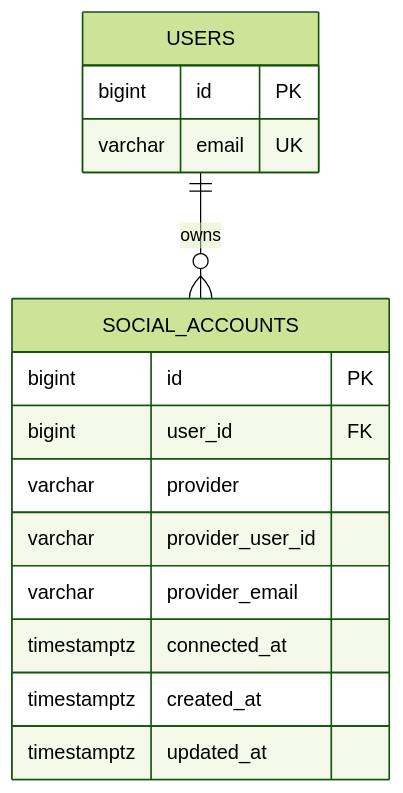
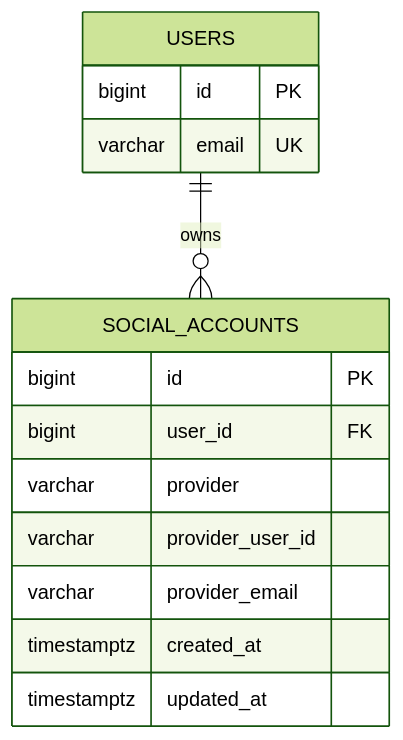
The diagram in docs/database/tables/social_accounts.md (mash-up-kr/Promise.9-Server), drawn with Mermaid (forest theme) before and after one commit. The commit also changed other lines of this file, not shown here.

Commit message:
docs: social_accounts connected_at 제거

````diff
--- a/docs/database/tables/social_accounts.md
+++ b/docs/database/tables/social_accounts.md
@@ -7,20 +7,19 @@
 ```mermaid
 erDiagram
   USERS ||--o{ SOCIAL_ACCOUNTS : owns
 
   USERS {
     bigint id PK
     varchar email UK
   }
 
   SOCIAL_ACCOUNTS {
     bigint id PK
     bigint user_id FK
     varchar provider
     varchar provider_user_id
     varchar provider_email
-    timestamptz connected_at
     timestamptz created_at
     timestamptz updated_at
   }
 ```
````
